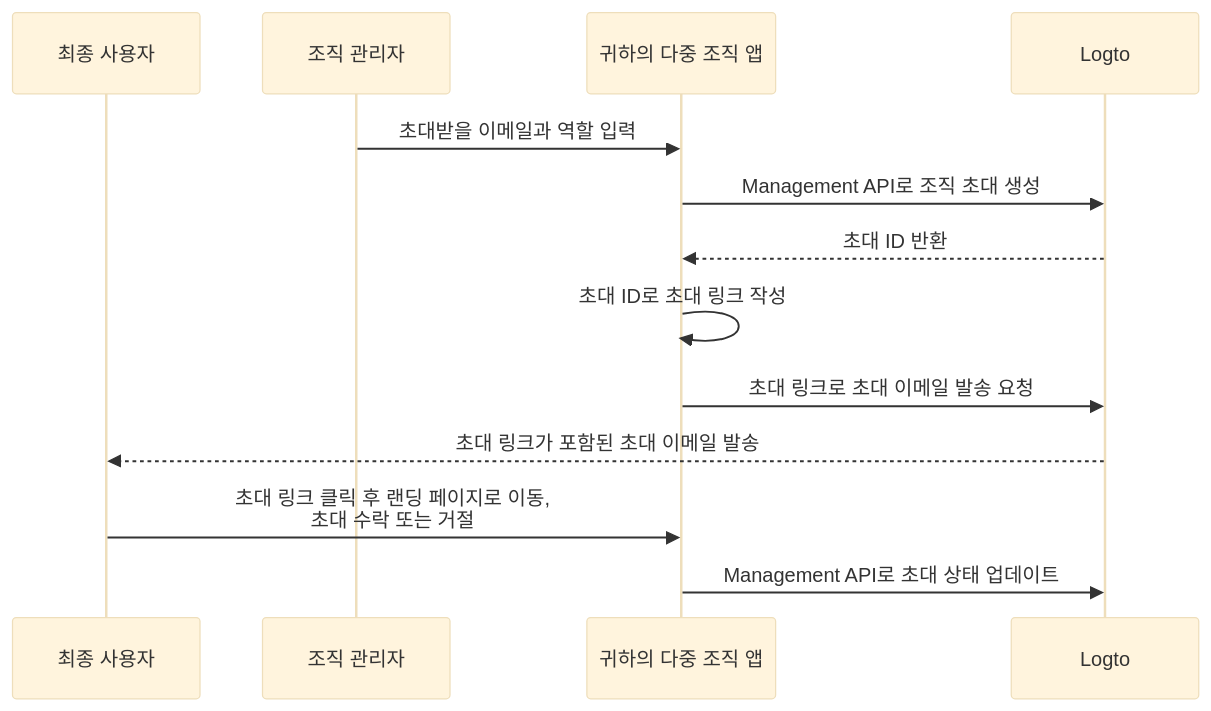
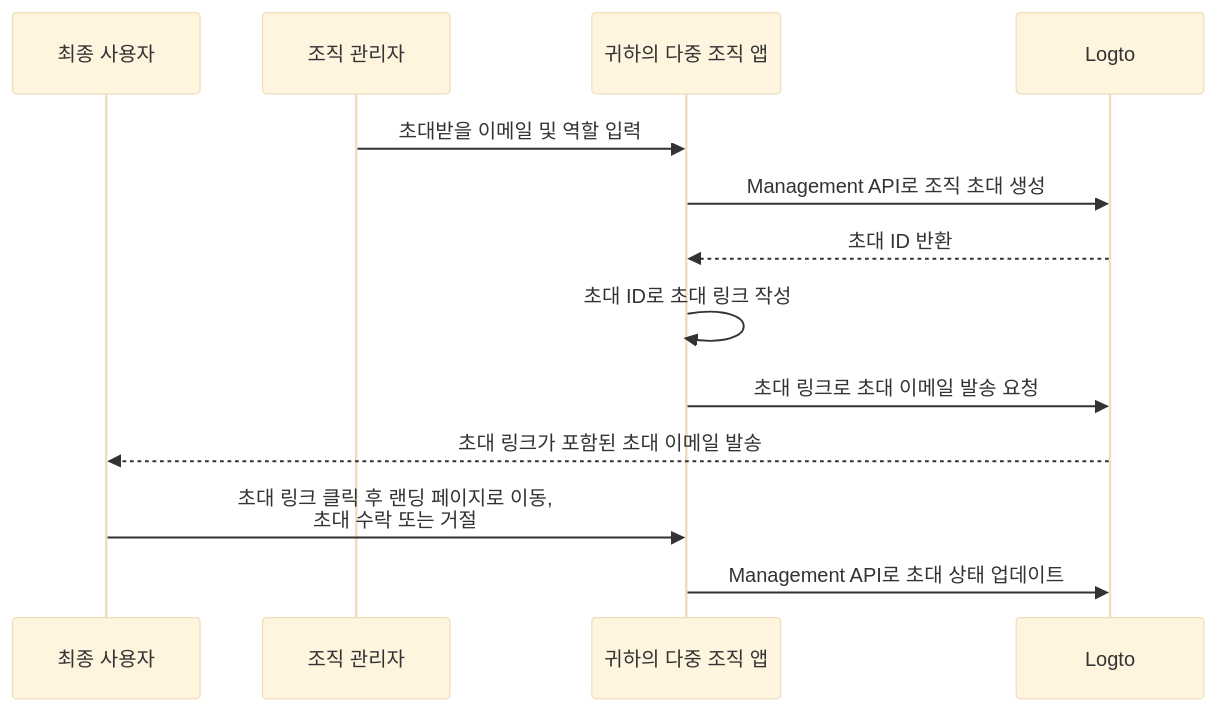
Before and after one commit to logto-io/docs: the diagram in i18n/ko/docusaurus-plugin-content-docs/current/end-user-flows/organization-experience/invite-organization-members.mdx, drawn with Mermaid (base theme). The commit also changed other lines of this file and 357 other files, not shown here.

````diff
--- a/i18n/ko/docusaurus-plugin-content-docs/current/end-user-flows/organization-experience/invite-organization-members.mdx
+++ b/i18n/ko/docusaurus-plugin-content-docs/current/end-user-flows/organization-experience/invite-organization-members.mdx
@@ -13,16 +13,16 @@
 ```mermaid
 sequenceDiagram
 	Participant U as 최종 사용자
   Participant A as 조직 관리자
   Participant C as 귀하의 다중 조직 앱
 	Participant L as Logto
 
-  A ->> C: 초대받을 이메일과 역할 입력
+  A ->> C: 초대받을 이메일 및 역할 입력
   C ->> L: Management API로 조직 초대 생성
   L -->> C: 초대 ID 반환
   C ->> C: 초대 ID로 초대 링크 작성
   C ->> L: 초대 링크로 초대 이메일 발송 요청
   L -->> U: 초대 링크가 포함된 초대 이메일 발송
   U ->> C: 초대 링크 클릭 후 랜딩 페이지로 이동,<br /> 초대 수락 또는 거절
   C ->> L: Management API로 초대 상태 업데이트
 ```
````
